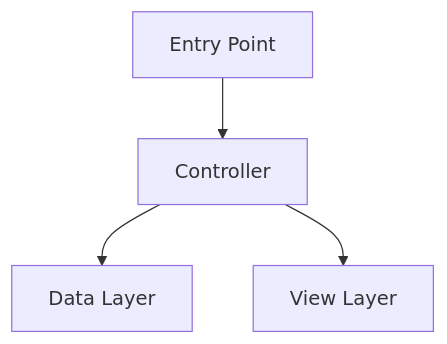
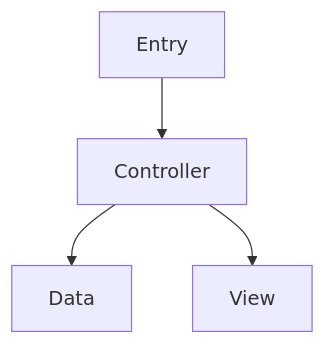
Before and after one commit to cuozg/oh-my-skills: the first of 2 diagrams in skills/unity/unity-investigate/assets/templates/INVESTIGATION_REPORT.md, drawn with Mermaid. The commit also changed other lines of this file and 144 other files, not shown here.

````diff
--- a/skills/unity/unity-investigate/assets/templates/INVESTIGATION_REPORT.md
+++ b/skills/unity/unity-investigate/assets/templates/INVESTIGATION_REPORT.md
@@ -39,6 +18,5 @@
 ```mermaid
 graph TD
-    A[Entry Point] --> B[Controller]
-    B --> C[Data Layer]
-    B --> D[View Layer]
+    A[Entry] --> B[Controller] --> C[Data]
+    B --> D[View]
 ```
````
